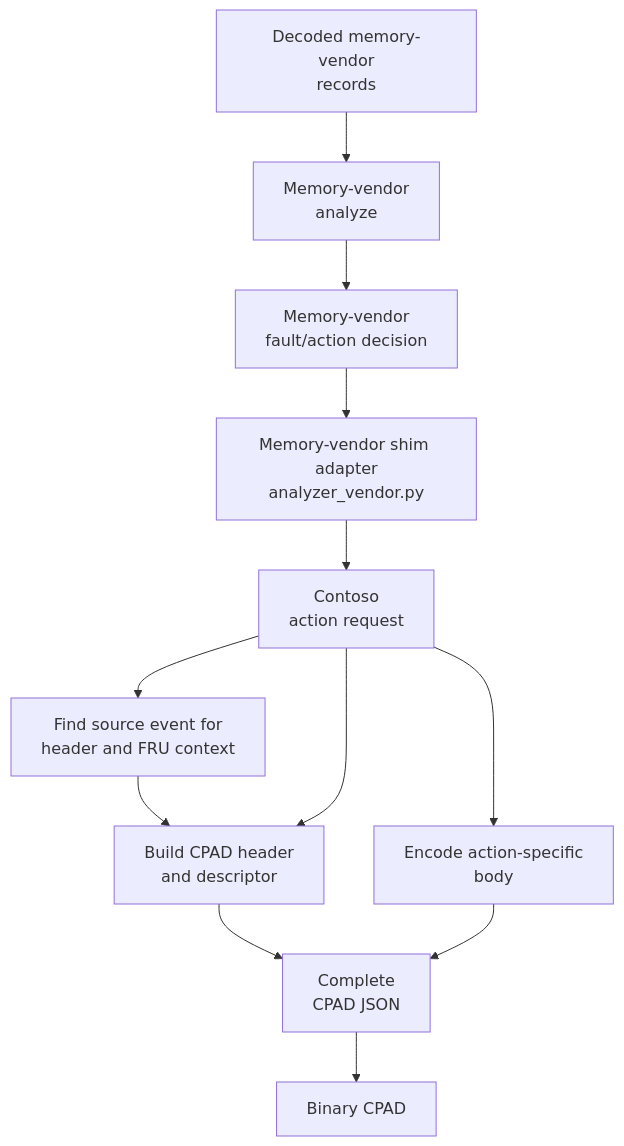
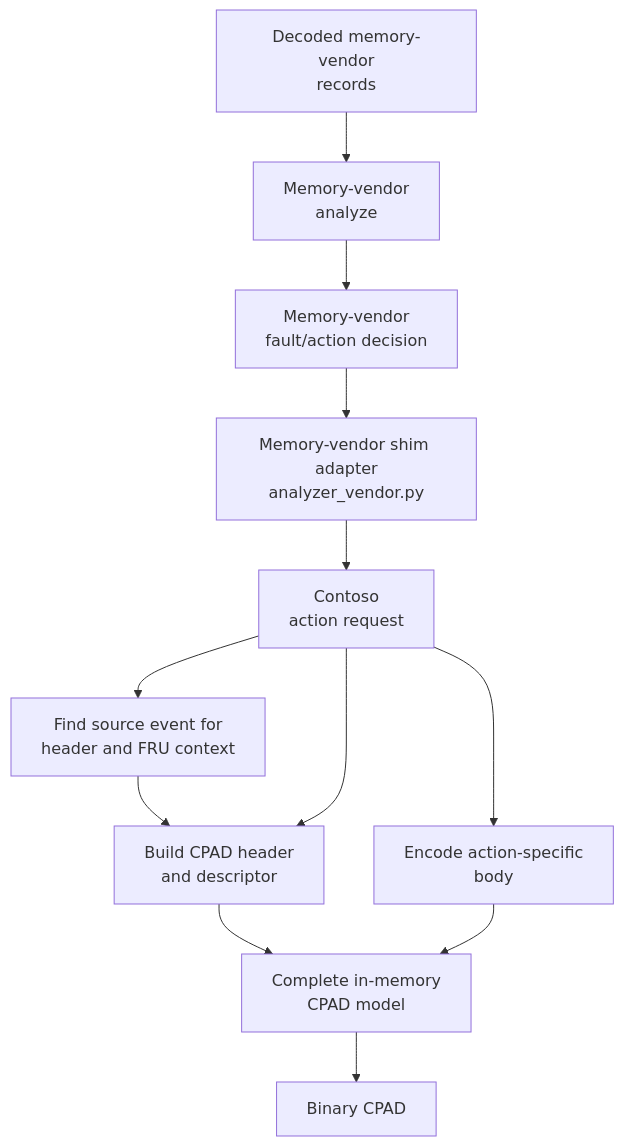
Before and after one commit to KrishnaAnnam/redfish-dev-server: the diagram in examples/ras_api_demo/analyzers/contoso/memory_shims/memory-vendor-analyzer-shim.md, drawn with Mermaid. The commit also changed other lines of this file and 12 other files, not shown here.

````diff
--- a/examples/ras_api_demo/analyzers/contoso/memory_shims/memory-vendor-analyzer-shim.md
+++ b/examples/ras_api_demo/analyzers/contoso/memory_shims/memory-vendor-analyzer-shim.md
@@ -23,25 +23,25 @@
 ```mermaid
 flowchart TD
     VendorInput["Decoded memory-vendor<br/>records"]
     VendorAnalysis["Memory-vendor<br/>analyze"]
     VendorDecision["Memory-vendor<br/>fault/action decision"]
     Adapter["Memory-vendor shim adapter<br/>analyzer_vendor.py"]
     Request["Contoso<br/>action request"]
     Source["Find source event for<br/>header and FRU context"]
     Envelope["Build CPAD header<br/>and descriptor"]
     Codec["Encode action-specific<br/>body"]
-    Json["Complete<br/>CPAD JSON"]
+    Model["Complete in-memory<br/>CPAD model"]
     Binary["Binary CPAD"]
 
     VendorInput --> VendorAnalysis
     VendorAnalysis --> VendorDecision
     VendorDecision --> Adapter
     Adapter --> Request
     Request --> Source
     Source --> Envelope
     Request --> Envelope
     Request --> Codec
-    Envelope --> Json
-    Codec --> Json
-    Json --> Binary
+    Envelope --> Model
+    Codec --> Model
+    Model --> Binary
 ```
````
